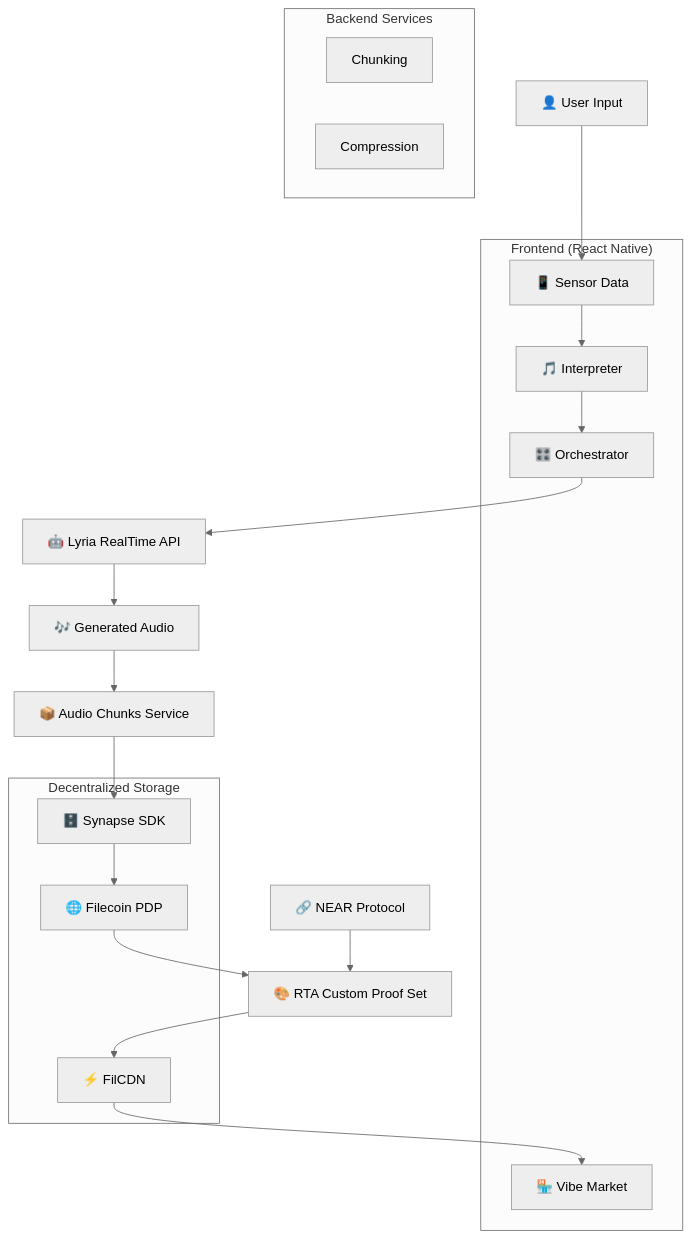
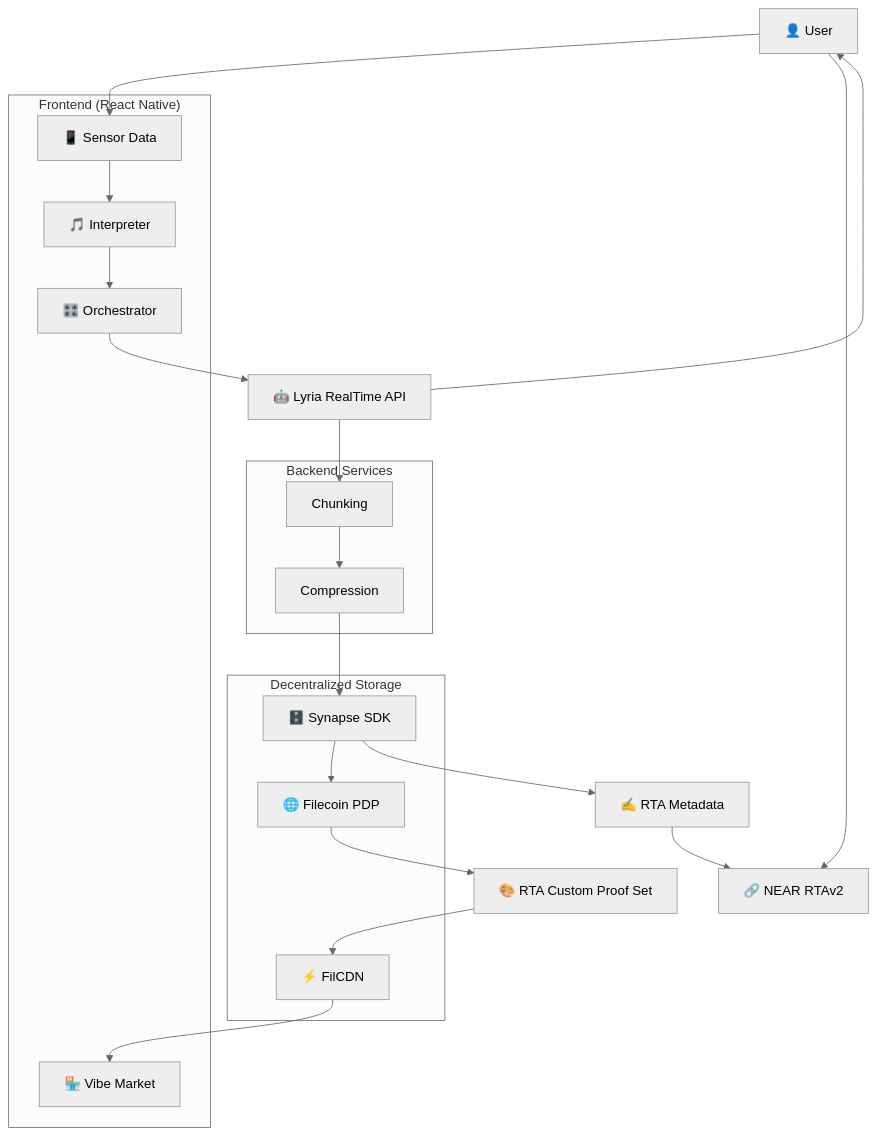
The first of 5 diagrams in README.md (VibesFlow/app), drawn with Mermaid (neutral theme) before and after one commit.

Commit message:
cosmesis

````diff
--- a/README.md
+++ b/README.md
@@ -29,36 +29,37 @@
 ```mermaid
 graph TB
-    User[👤 User Input] --> Sensors[📱 Sensor Data]
+    User[👤 User] --> Sensors[📱 Sensor Data]
+    User --> NEAR[🔗 NEAR RTAv2]
     Sensors --> Interpreter[🎵 Interpreter]
     Interpreter --> Orchestrator[🎛️ Orchestrator]
     Orchestrator --> Lyria[🤖 Lyria RealTime API]
-    Lyria --> Audio[🎶 Generated Audio]
-    
-    Audio --> Chunks[📦 Audio Chunks Service]
-    Chunks --> Synapse[🗄️ Synapse SDK]
+    Lyria --> User
+    Lyria --> Chunking
+    Chunking --> Compression
+    Compression --> Synapse[🗄️ Synapse SDK]
     Synapse --> Filecoin[🌐 Filecoin PDP]
-    
+    Synapse --> Metadata[✍️ RTA Metadata]
     Filecoin --> RTA[🎨 RTA Custom Proof Set]
     RTA --> FilCDN[⚡ FilCDN]
     FilCDN --> Market[🏪 Vibe Market]
     
-    NEAR[🔗 NEAR Protocol] --> RTA
+    Metadata --> NEAR
     
     subgraph "Frontend (React Native)"
         Sensors
         Interpreter
         Orchestrator
         Market
     end
     
     subgraph "Backend Services"
         Chunking
         Compression
     end
     
     subgraph "Decentralized Storage"
         Synapse
         Filecoin
         FilCDN
     end
 ```
````
